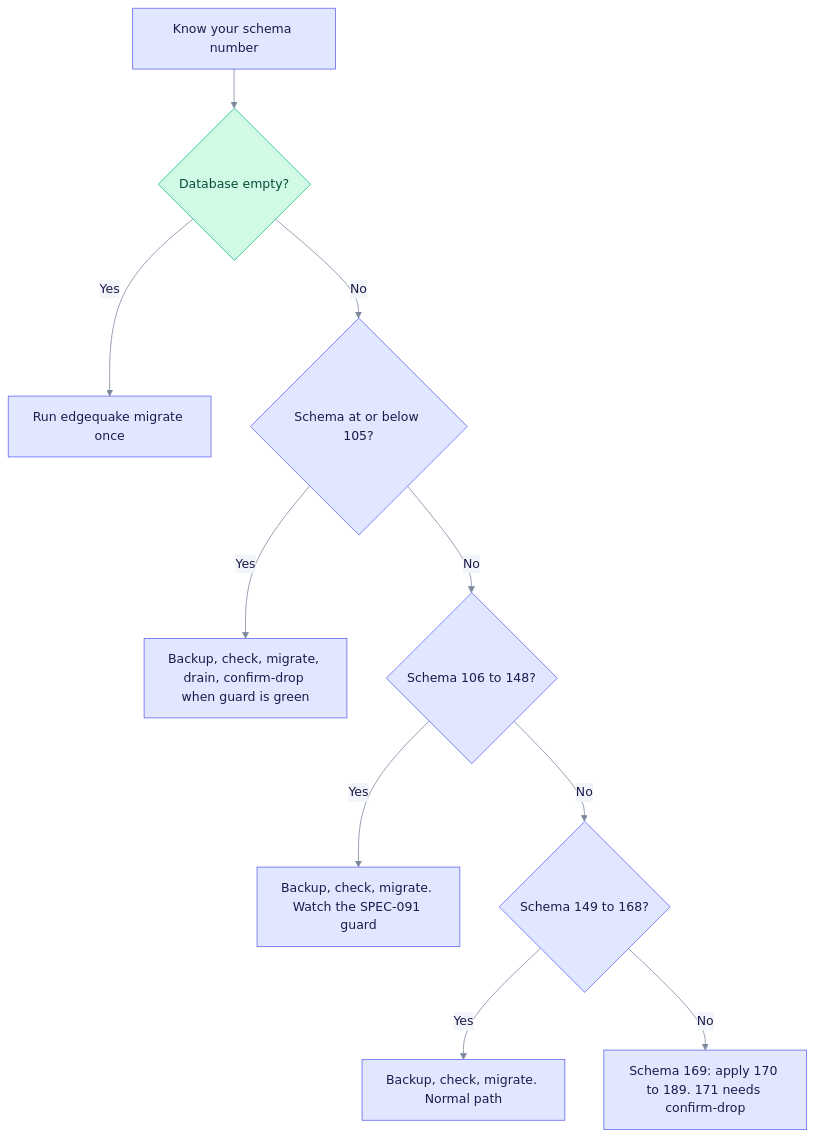
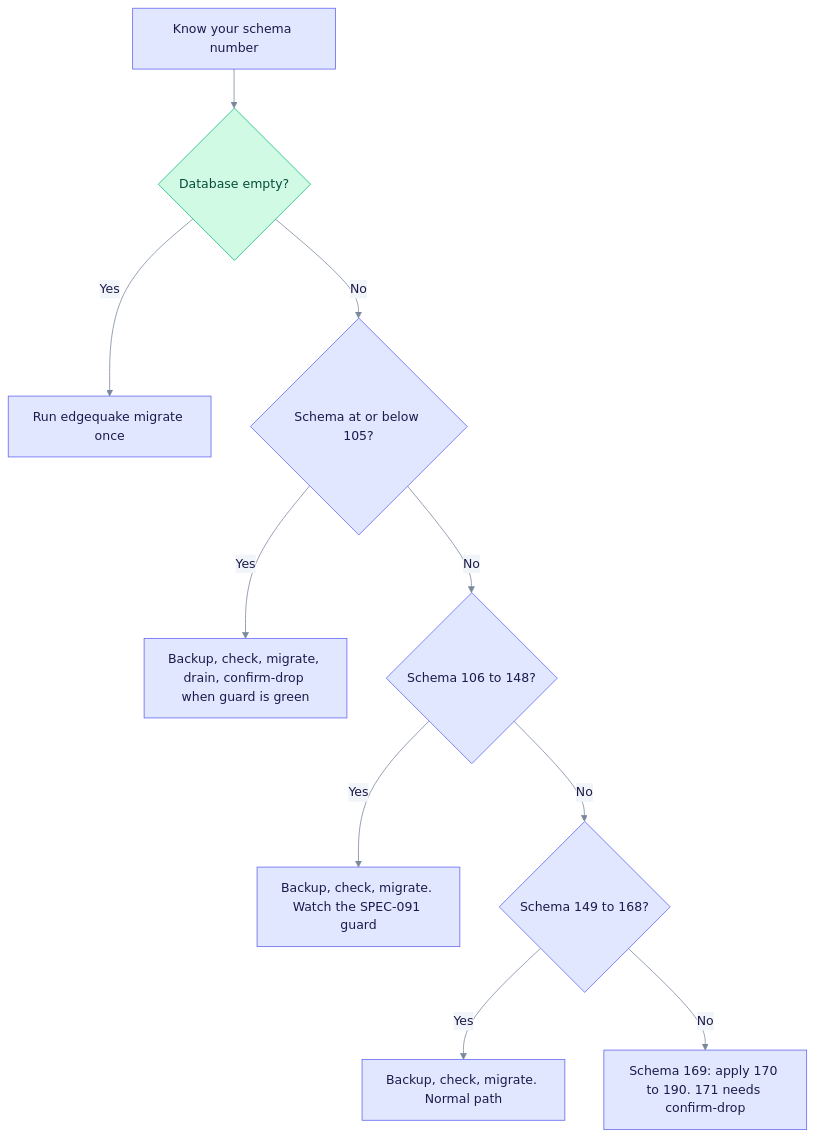
Before and after one commit to YatchiYa/edgequake: the first of 3 diagrams in docs/operations/upgrading.md, drawn with Mermaid. The commit also changed other lines of this file and 10 other files, not shown here.

````diff
--- a/docs/operations/upgrading.md
+++ b/docs/operations/upgrading.md
@@ -24,17 +24,17 @@
 ```mermaid
 %%{init: {"theme":"base","themeVariables":{"primaryColor":"#E0E7FF","primaryBorderColor":"#6366F1","primaryTextColor":"#1E1B4B","secondaryColor":"#D1FAE5","secondaryBorderColor":"#10B981","secondaryTextColor":"#064E3B","tertiaryColor":"#FEF3C7","tertiaryBorderColor":"#F59E0B","tertiaryTextColor":"#6B7A90","lineColor":"#7A889C","clusterBkg":"rgba(99,102,241,0.07)","clusterBorder":"#A5B4FC","noteBkgColor":"#FEF9C3","noteTextColor":"#422006","textColor":"#6B7A90","titleColor":"#6B7A90","signalColor":"#7A889C","signalTextColor":"#6B7A90","loopTextColor":"#6B7A90","edgeLabelBackground":"#F1F5F9","actorLineColor":"#94A3B8"}}}%%
 %% eq-theme:v1
 flowchart TD
   A["Know your schema number"] --> B{"Database empty?"}
   B -->|Yes| C["Run edgequake migrate once"]
   B -->|No| D{"Schema at or below 105?"}
   D -->|Yes| E["Backup, check, migrate, drain, confirm-drop when guard is green"]
   D -->|No| F{"Schema 106 to 148?"}
   F -->|Yes| G["Backup, check, migrate. Watch the SPEC-091 guard"]
   F -->|No| H{"Schema 149 to 168?"}
   H -->|Yes| I["Backup, check, migrate. Normal path"]
-  H -->|No| J["Schema 169: apply 170 to 189. 171 needs confirm-drop"]
+  H -->|No| J["Schema 169: apply 170 to 190. 171 needs confirm-drop"]
 %% eq-classes
 classDef eqStore fill:#D1FAE5,stroke:#10B981,color:#064E3B
 class B eqStore
 ```
````
